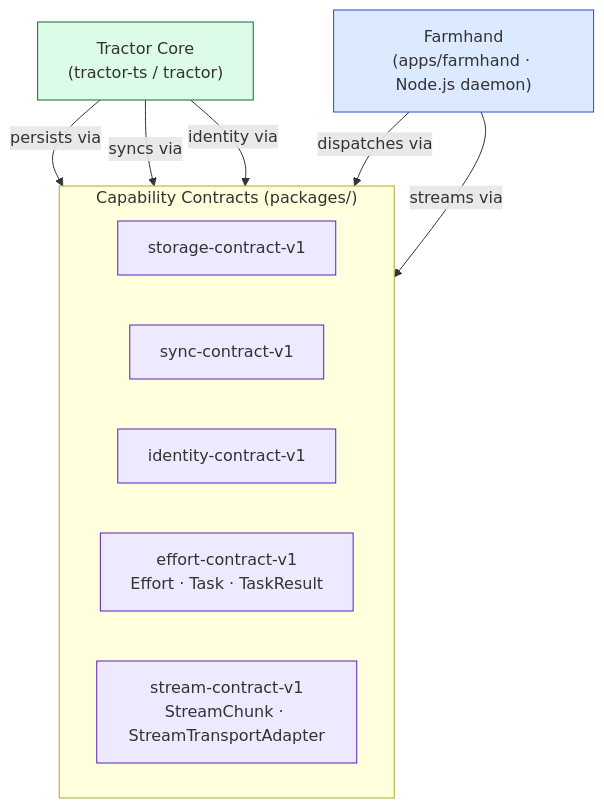
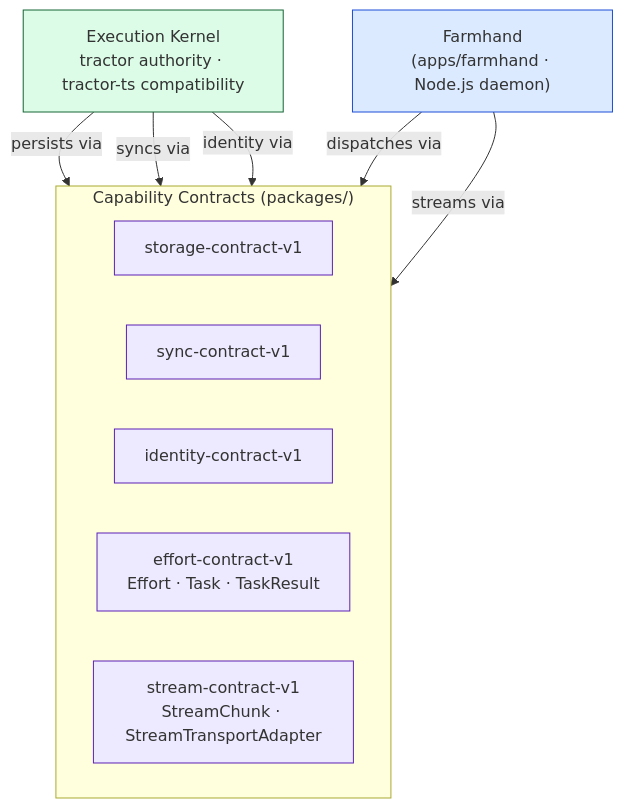
The diagram in specs/diagrams/architecture-layers--contracts.mermaid (aretw0/refarm), drawn with Mermaid before and after one commit. The commit also changed 6 other files, not shown here.

Commit message:
docs(architecture): align runtime authority diagrams

```diff
--- a/specs/diagrams/architecture-layers--contracts.mermaid
+++ b/specs/diagrams/architecture-layers--contracts.mermaid
@@ -1,26 +1,26 @@
 graph TD
-    TractorCore["Tractor Core\n(tractor-ts / tractor)"]
+    TractorCore["Execution Kernel\ntractor authority · tractor-ts compatibility"]
     Farmhand["Farmhand\n(apps/farmhand · Node.js daemon)"]
 
     subgraph Contracts["Capability Contracts  (packages/)"]
         direction LR
         StorageV1["storage-contract-v1"]
         SyncV1["sync-contract-v1"]
         IdentityV1["identity-contract-v1"]
         EffortV1["effort-contract-v1\nEffort · Task · TaskResult"]
         StreamV1["stream-contract-v1\nStreamChunk · StreamTransportAdapter"]
     end
 
     TractorCore -->|"persists via"| StorageV1
     TractorCore -->|"syncs via"| SyncV1
     TractorCore -->|"identity via"| IdentityV1
     Farmhand -->|"dispatches via"| EffortV1
     Farmhand -->|"streams via"| StreamV1
 
     classDef core     fill:#dcfce7,stroke:#166534,stroke-width:1px;
     classDef app      fill:#dbeafe,stroke:#1d4ed8,stroke-width:1px;
     classDef contract fill:#ede9fe,stroke:#5b21b6,stroke-width:1px;
 
     class TractorCore core;
     class Farmhand app;
     class StorageV1,SyncV1,IdentityV1,EffortV1,StreamV1 contract;
```
